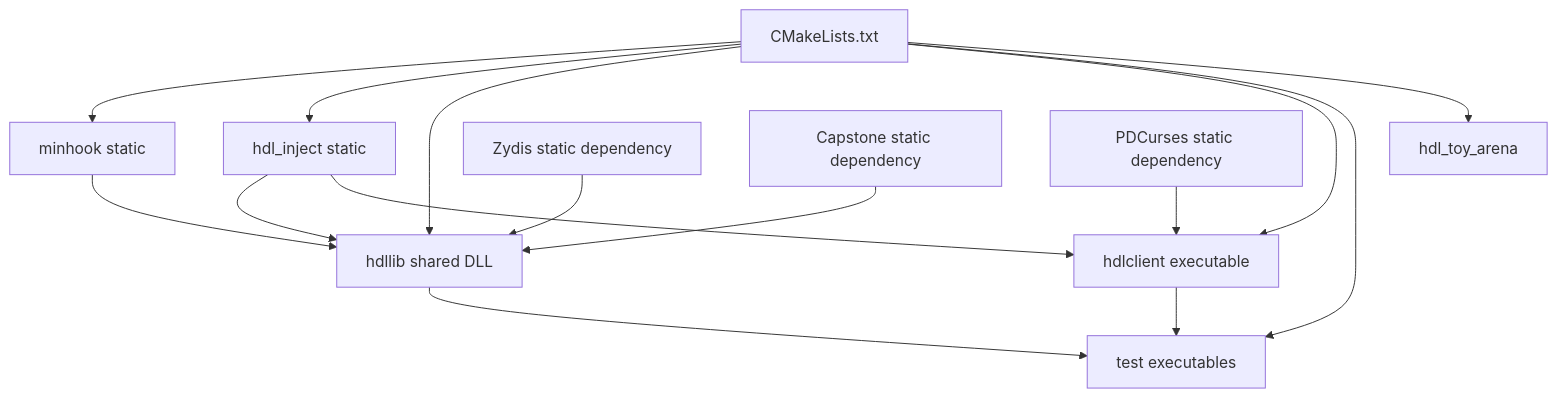
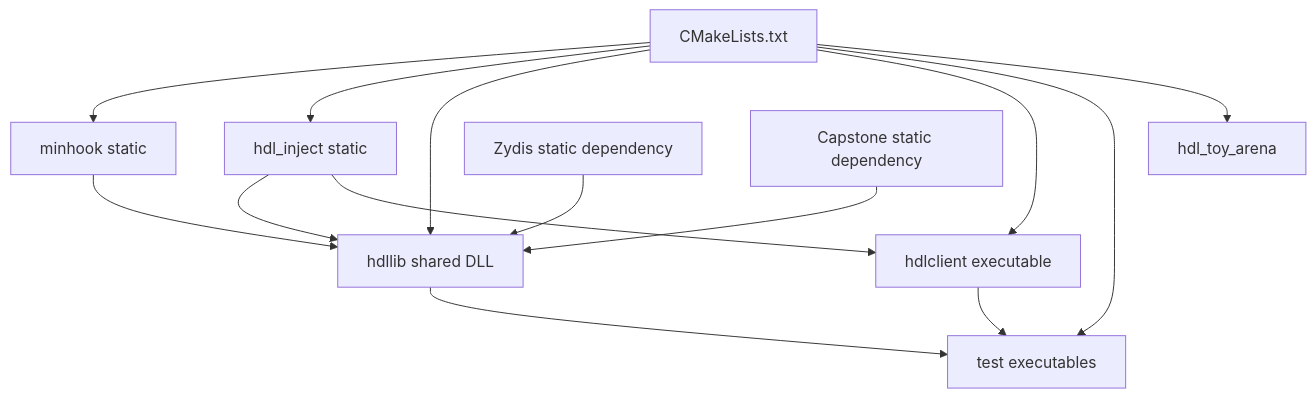
Before and after one commit to random-things/hdllib-ng: the first of 7 diagrams in docs/architecture.md, drawn with Mermaid. The commit also changed other lines of this file and 33 other files, not shown here.

````diff
--- a/docs/architecture.md
+++ b/docs/architecture.md
@@ -9,30 +9,28 @@
 ```mermaid
 flowchart TB
     CMake["CMakeLists.txt"]
 
     MinHook["minhook static"]
     Inject["hdl_inject static"]
     DLL["hdllib shared DLL"]
     Client["hdlclient executable"]
     Tests["test executables"]
     Toy["hdl_toy_arena"]
     Zydis["Zydis static dependency"]
     Capstone["Capstone static dependency"]
-    PDCurses["PDCurses static dependency"]
 
     CMake --> MinHook
     CMake --> Inject
     CMake --> DLL
     CMake --> Client
     CMake --> Tests
     CMake --> Toy
 
     Inject --> DLL
     Inject --> Client
     MinHook --> DLL
     Zydis --> DLL
     Capstone --> DLL
-    PDCurses --> Client
     DLL --> Tests
     Client --> Tests
 ```
````
